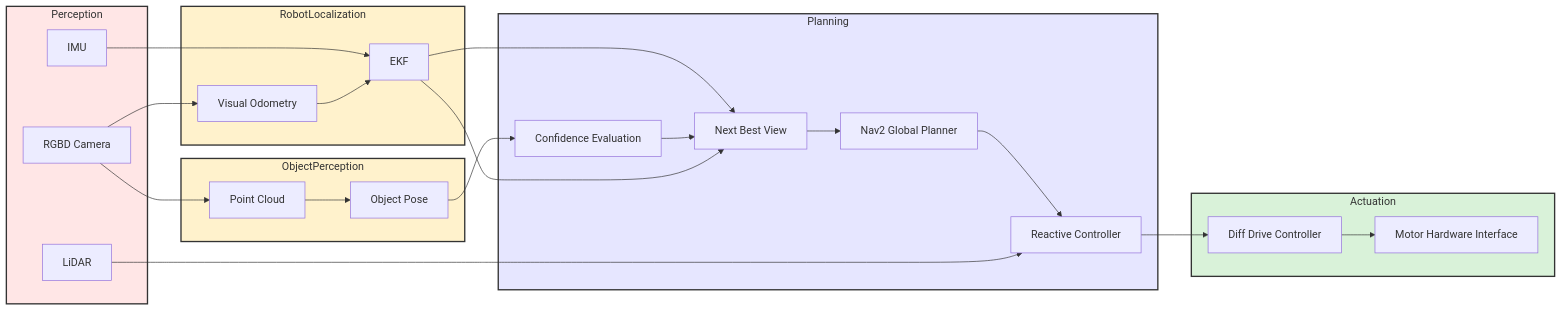
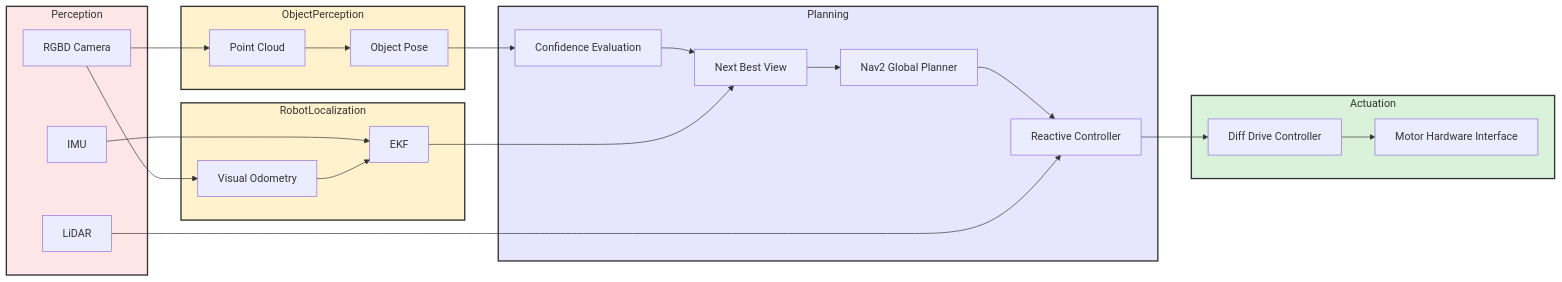
One commit to SeasonedLeo/RAS_Mobile_Robotics_Vision changed the diagram in README.md. Above: the diagram before and after it, drawn with Mermaid. The commit also changed 1 other file, not shown here.

Commit message:
Updated Mermaid , there was a typo in the flow

````diff
--- a/README.md
+++ b/README.md
@@ -12,60 +12,60 @@
 ```mermaid
 flowchart LR
 
   subgraph Perception
     RGBD[RGBD Camera]
     LIDAR[LiDAR]
     IMU[IMU]
   end
 
   subgraph ObjectPerception
     PCP[Point Cloud]
     OPE[Object Pose]
   end
 
   subgraph RobotLocalization
     VO[Visual Odometry]
     EKF[EKF]
   end
   subgraph Planning
     CONF[Confidence Evaluation]
     NBV[Next Best View]
     NAV2[Nav2 Global Planner]
     RC[Reactive Controller]
   end
 
   subgraph Actuation
     DDC[Diff Drive Controller]
     MHI[Motor Hardware Interface]
   end
 
   %% Perception → Object perception
   RGBD --> PCP
   PCP --> OPE
 
   %% Perception → Localization
   RGBD --> VO
   IMU --> EKF
   VO --> EKF
-  EKF --> NBV
+  
 
   %% Estimation to planning
   OPE --> CONF
   CONF --> NBV
   EKF --> NBV
 
   %% Planning to actuation
   NBV --> NAV2
   NAV2 --> RC
   LIDAR --> RC
   RC --> DDC
   DDC --> MHI
 
   %% Styles
   style Perception fill:#ffe6e6,stroke:#333,stroke-width:2px
   style ObjectPerception fill:#fff2cc,stroke:#333,stroke-width:2px
   style RobotLocalization fill:#fff2cc,stroke:#333,stroke-width:2px
   style Planning fill:#e6e6ff,stroke:#333,stroke-width:2px
   style Actuation fill:#d9f2d9,stroke:#333,stroke-width:2px
 
 ```
````
